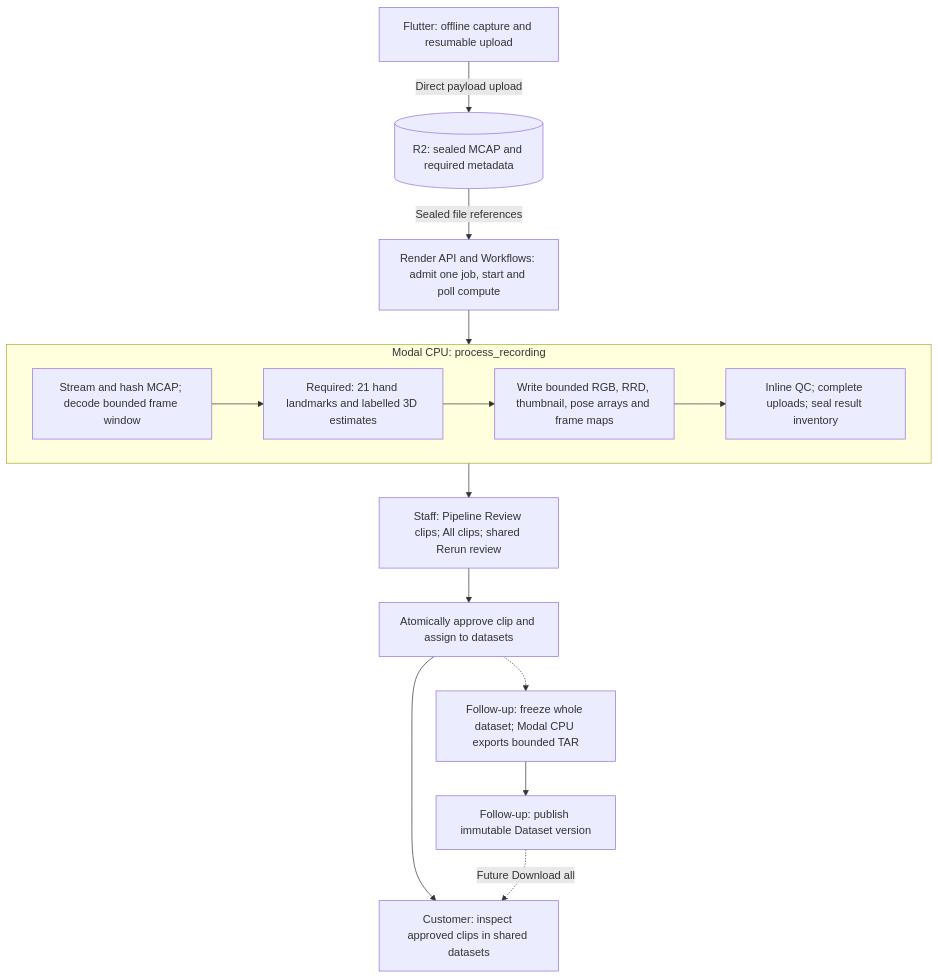
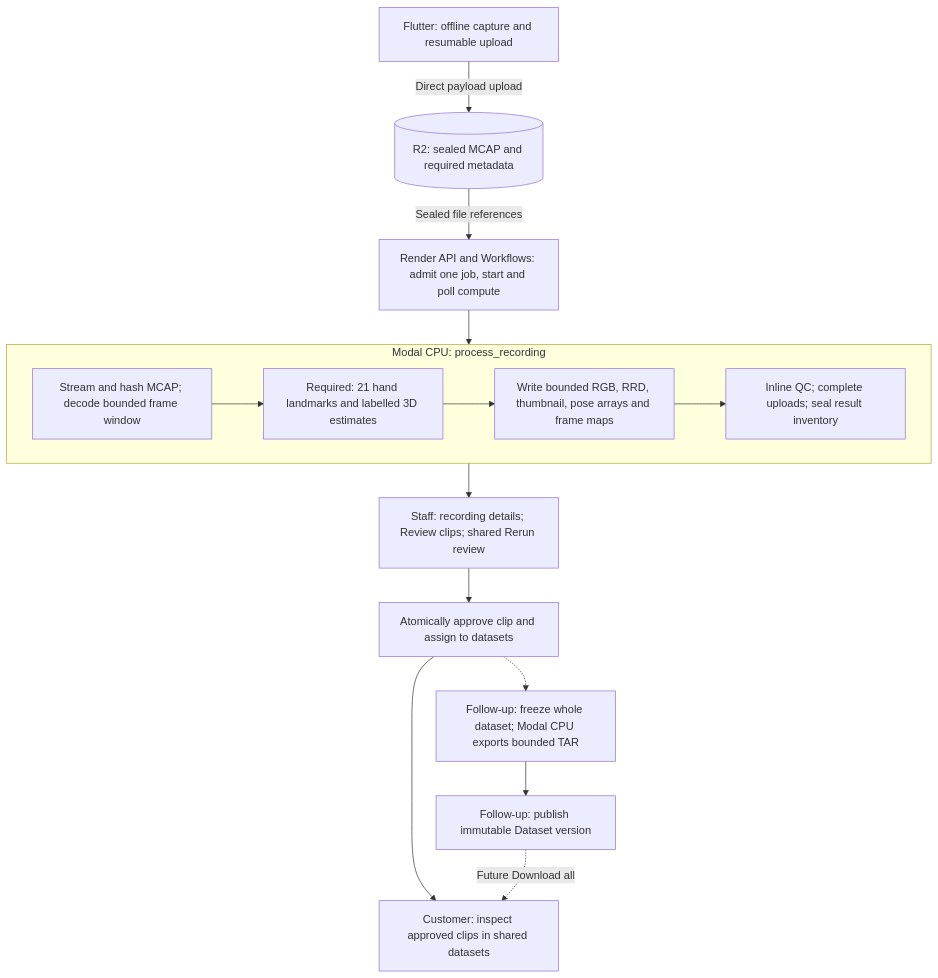
The diagram in docs/figures/processing-stages.mmd (StateAction-ai/stateaction), drawn with Mermaid before and after one commit. The commit also changed 27 other files, not shown here.

Commit message:
docs: move Pipeline actions into recording details

```diff
--- a/docs/figures/processing-stages.mmd
+++ b/docs/figures/processing-stages.mmd
@@ -1,22 +1,22 @@
 flowchart TD
     capture["Flutter: offline capture and resumable upload"]
     source[("R2: sealed MCAP and required metadata")]
     dispatch["Render API and Workflows: admit one job, start and poll compute"]
     subgraph process["Modal CPU: process_recording"]
         extract["Stream and hash MCAP; decode bounded frame window"]
         hands["Required: 21 hand landmarks and labelled 3D estimates"]
         preview["Write bounded RGB, RRD, thumbnail, pose arrays and frame maps"]
         qc["Inline QC; complete uploads; seal result inventory"]
         extract --> hands --> preview --> qc
     end
-    review["Staff: Pipeline Review clips; All clips; shared Rerun review"]
+    review["Staff: recording details; Review clips; shared Rerun review"]
     datasets["Atomically approve clip and assign to datasets"]
     export["Follow-up: freeze whole dataset; Modal CPU exports bounded TAR"]
     publish["Follow-up: publish immutable Dataset version"]
     customer["Customer: inspect approved clips in shared datasets"]
     capture -->|"Direct payload upload"| source
     source -->|"Sealed file references"| dispatch
     dispatch --> process
     process --> review --> datasets --> customer
     datasets -.-> export --> publish
     publish -.->|"Future Download all"| customer
```
